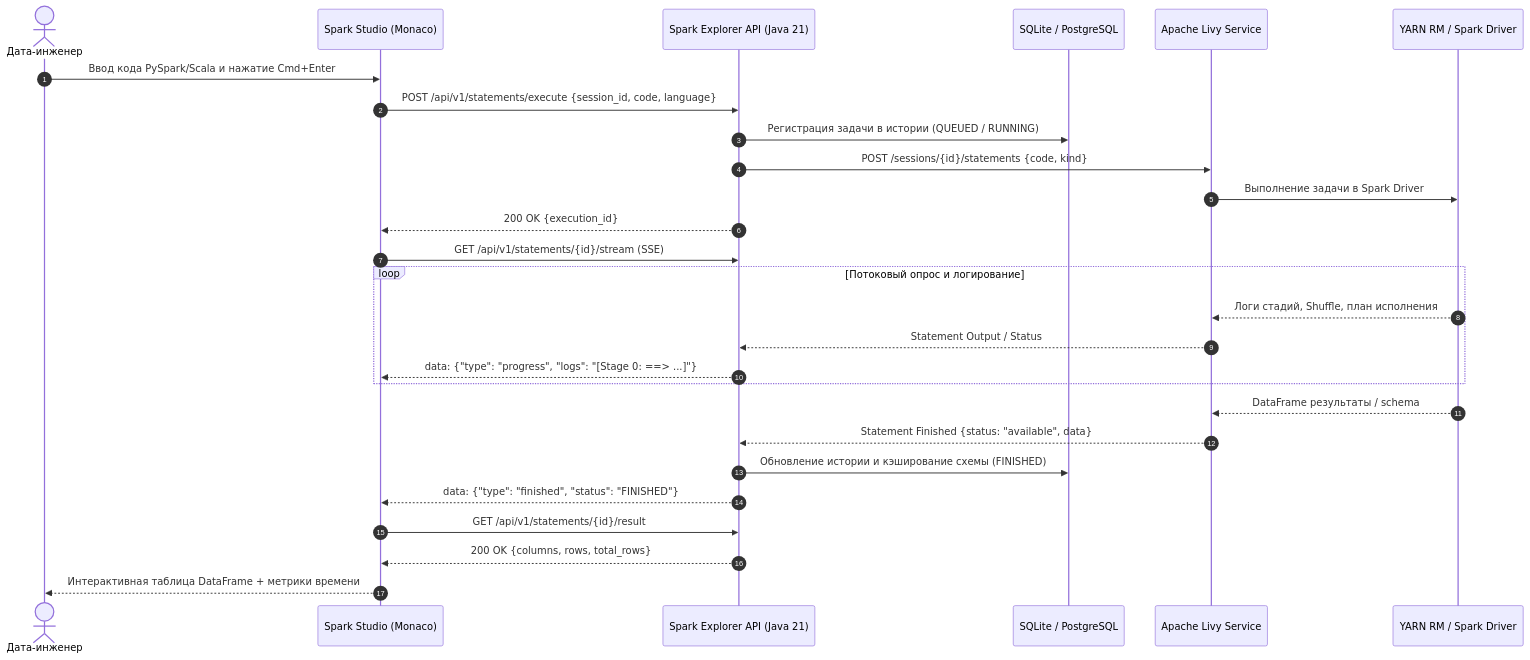
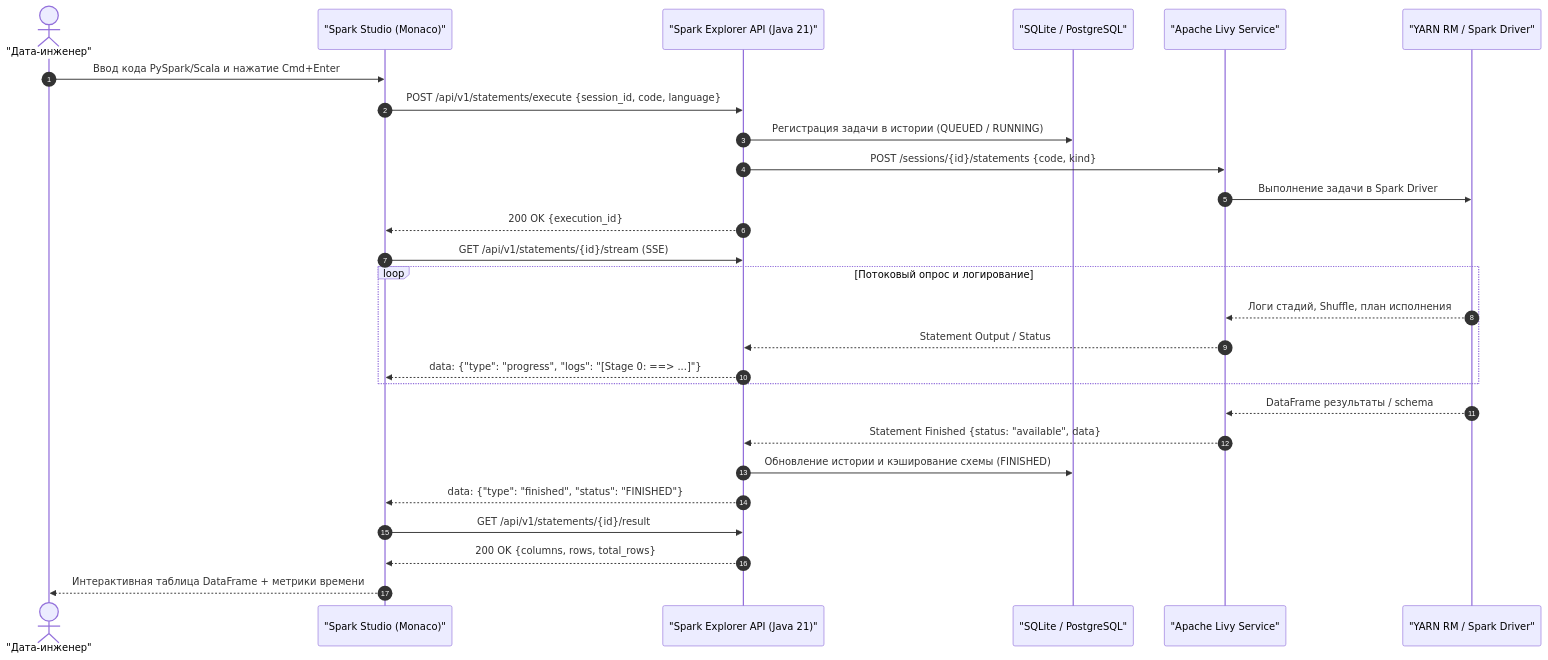
The second of 2 diagrams in docs/spark-user-guide.md (balookrd/hadoop-explorer), drawn with Mermaid before and after one commit. The commit also changed other lines of this file and 6 other files, not shown here.

Commit message:
docs: fix Mermaid diagram syntax and quote link labels for GitHub rendering

````diff
--- a/docs/spark-user-guide.md
+++ b/docs/spark-user-guide.md
@@ -74,32 +74,32 @@
 ```mermaid
 sequenceDiagram
     autonumber
-    actor Dev as Дата-инженер
-    participant UI as Spark Studio (Monaco)
-    participant GW as Spark Explorer API (Java 21)
-    participant DB as SQLite / PostgreSQL
-    participant Livy as Apache Livy Service
-    participant YARN as YARN RM / Spark Driver
+    actor Dev as "Дата-инженер"
+    participant UI as "Spark Studio (Monaco)"
+    participant GW as "Spark Explorer API (Java 21)"
+    participant DB as "SQLite / PostgreSQL"
+    participant Livy as "Apache Livy Service"
+    participant YARN as "YARN RM / Spark Driver"
 
     Dev->>UI: Ввод кода PySpark/Scala и нажатие Cmd+Enter
     UI->>GW: POST /api/v1/statements/execute {session_id, code, language}
     GW->>DB: Регистрация задачи в истории (QUEUED / RUNNING)
     GW->>Livy: POST /sessions/{id}/statements {code, kind}
     Livy->>YARN: Выполнение задачи в Spark Driver
     GW-->>UI: 200 OK {execution_id}
     
     UI->>GW: GET /api/v1/statements/{id}/stream (SSE)
     loop Потоковый опрос и логирование
         YARN-->>Livy: Логи стадий, Shuffle, план исполнения
         Livy-->>GW: Statement Output / Status
         GW-->>UI: data: {"type": "progress", "logs": "[Stage 0: ==> ...]"}
     end
     
     YARN-->>Livy: DataFrame результаты / schema
     Livy-->>GW: Statement Finished {status: "available", data}
     GW->>DB: Обновление истории и кэширование схемы (FINISHED)
     GW-->>UI: data: {"type": "finished", "status": "FINISHED"}
     UI->>GW: GET /api/v1/statements/{id}/result
     GW-->>UI: 200 OK {columns, rows, total_rows}
     UI-->>Dev: Интерактивная таблица DataFrame + метрики времени
 ```
````
